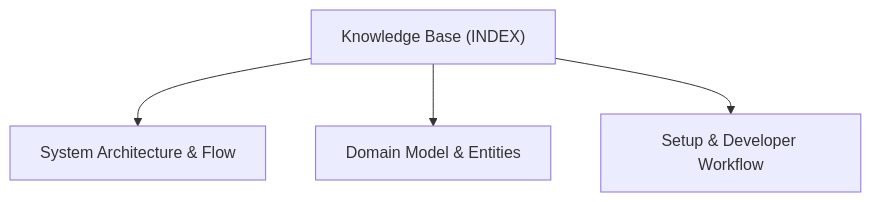
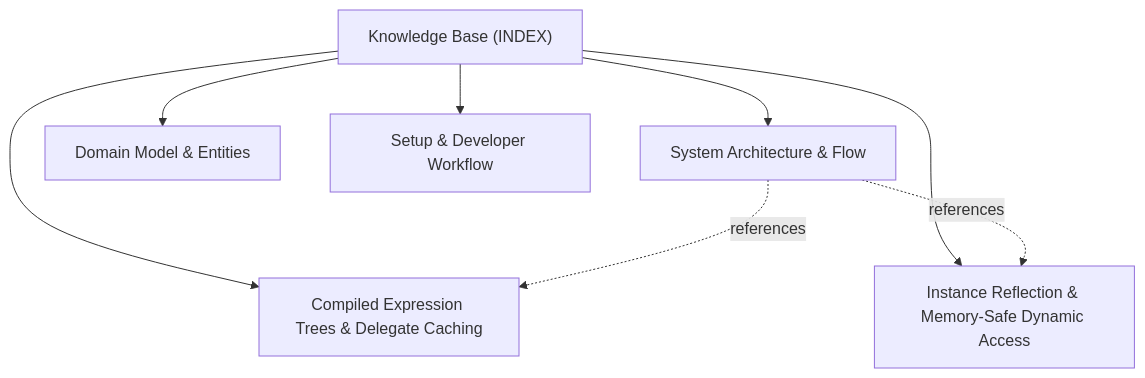
One commit to actdim/practix changed the diagram in ActDim.Reflectron/docs/INDEX.md. Above: the diagram before and after it, drawn with Mermaid. The commit also changed other lines of this file and 37 other files, not shown here.

````diff
--- a/ActDim.Reflectron/docs/INDEX.md
+++ b/ActDim.Reflectron/docs/INDEX.md
@@ -18,10 +18,16 @@
 ```mermaid
 flowchart TD
     INDEX["Knowledge Base (INDEX)"]
     T_ARCHITECTURE["System Architecture & Flow"]
     INDEX --> T_ARCHITECTURE
+    T_COMPILED_EXPRESSIONS_AND_DELEGATES["Compiled Expression Trees & Delegate Caching"]
+    INDEX --> T_COMPILED_EXPRESSIONS_AND_DELEGATES
     T_DOMAIN_MODEL["Domain Model & Entities"]
     INDEX --> T_DOMAIN_MODEL
+    T_DYNAMIC_MEMBER_ACCESS["Instance Reflection & Memory-Safe Dynamic Access"]
+    INDEX --> T_DYNAMIC_MEMBER_ACCESS
     T_SETUP_AND_WORKFLOW["Setup & Developer Workflow"]
     INDEX --> T_SETUP_AND_WORKFLOW
+    T_ARCHITECTURE -.->|references| T_COMPILED_EXPRESSIONS_AND_DELEGATES
+    T_ARCHITECTURE -.->|references| T_DYNAMIC_MEMBER_ACCESS
 ```
````
